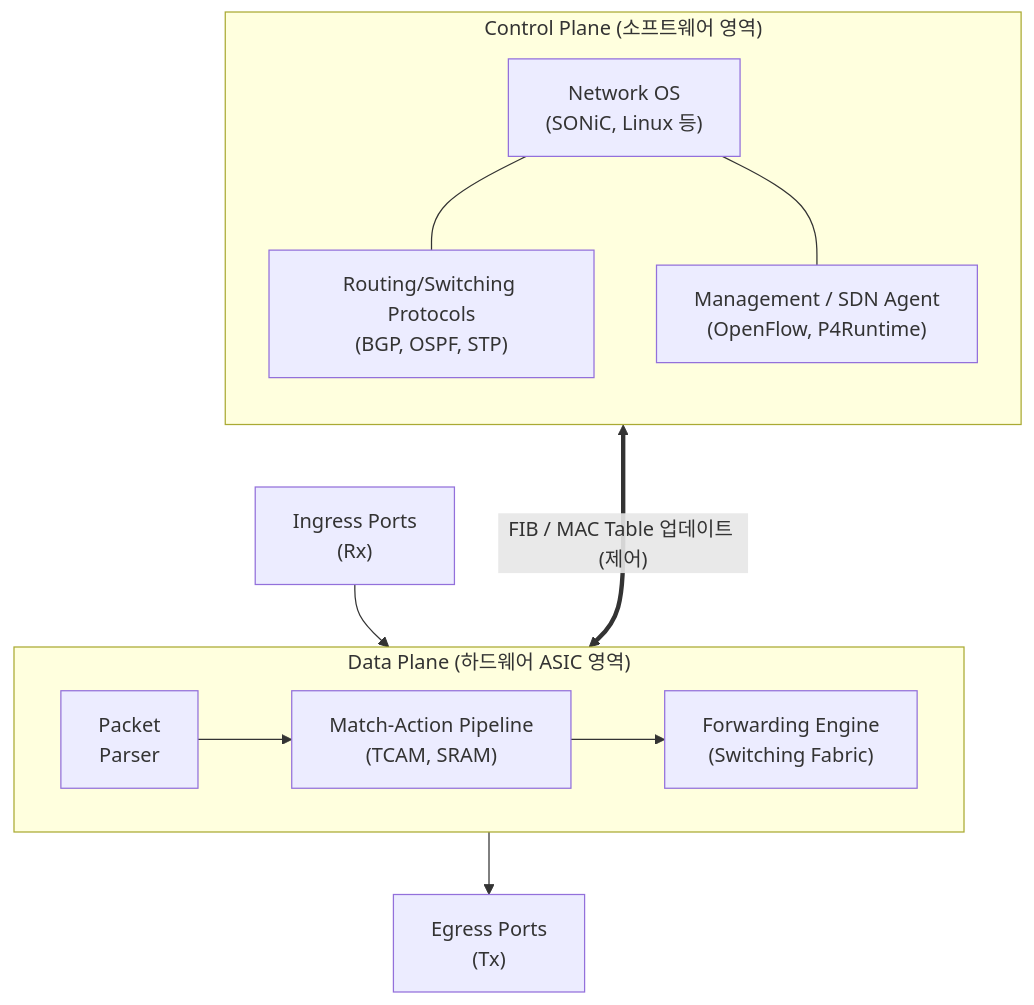
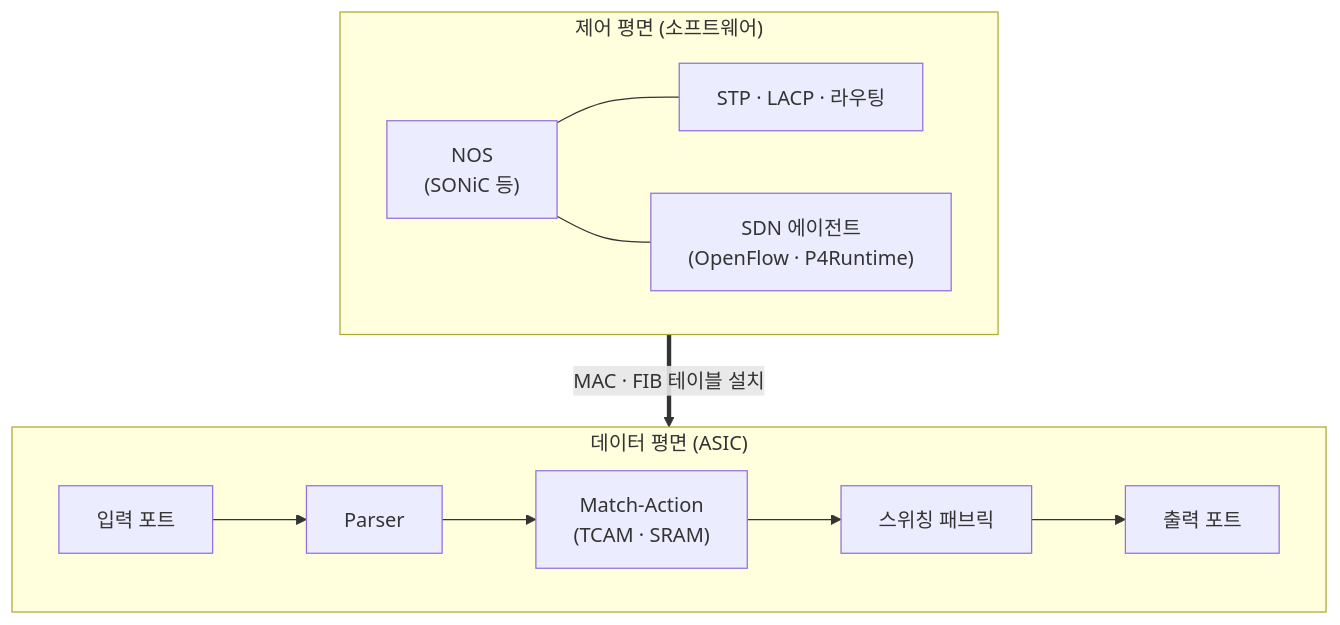
One commit to supremethumb/supremethumb.github.io changed the diagram in content/01_IT Tech/스위치.md. Above: the diagram before and after it, drawn with Mermaid. The commit also changed other lines of this file and 1087 other files, not shown here.

````diff
--- a/content/01_IT Tech/스위치.md
+++ b/content/01_IT Tech/스위치.md
@@ -27,28 +36,13 @@
 ```mermaid
 flowchart TB
-    subgraph ControlPlane ["Control Plane (소프트웨어 영역)"]
-        direction TB
-        OS["Network OS<br/>(SONiC, Linux 등)"]
-        Routing["Routing/Switching Protocols<br/>(BGP, OSPF, STP)"]
-        Mgmt["Management / SDN Agent<br/>(OpenFlow, P4Runtime)"]
-        
-        OS --- Routing
-        OS --- Mgmt
+    subgraph CP["제어 평면 (소프트웨어)"]
+        direction LR
+        OS["NOS<br/>(SONiC 등)"] --- PR["STP · LACP · 라우팅"]
+        OS --- AG["SDN 에이전트<br/>(OpenFlow · P4Runtime)"]
     end
-
-    subgraph DataPlane ["Data Plane (하드웨어 ASIC 영역)"]
+    subgraph DP["데이터 평면 (ASIC)"]
         direction LR
-        Parser["Packet<br/>Parser"]
-        MatchAction["Match-Action Pipeline<br/>(TCAM, SRAM)"]
-        Fwd["Forwarding Engine<br/>(Switching Fabric)"]
-        
-        Parser --> MatchAction
-        MatchAction --> Fwd
+        In["입력 포트"] --> Parser["Parser"] --> MA["Match-Action<br/>(TCAM · SRAM)"] --> Fab["스위칭 패브릭"] --> Out["출력 포트"]
     end
-
-    Ingress["Ingress Ports<br/>(Rx)"] --> Parser
-    Fwd --> Egress["Egress Ports<br/>(Tx)"]
-
-    ControlPlane <== "FIB / MAC Table 업데이트 (제어)" ===> DataPlane
-
+    CP == "MAC · FIB 테이블 설치" ==> DP
 ```
````
